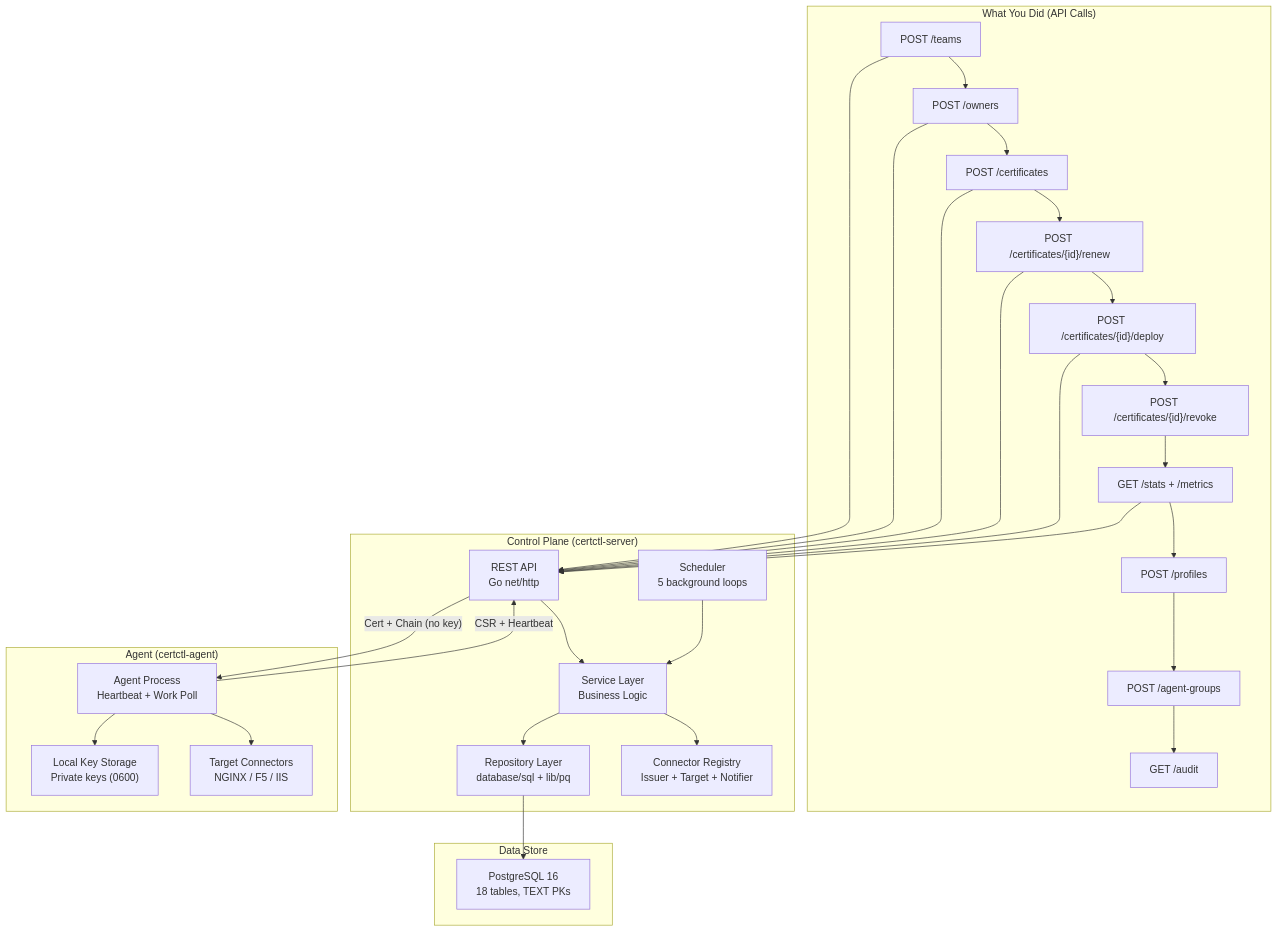
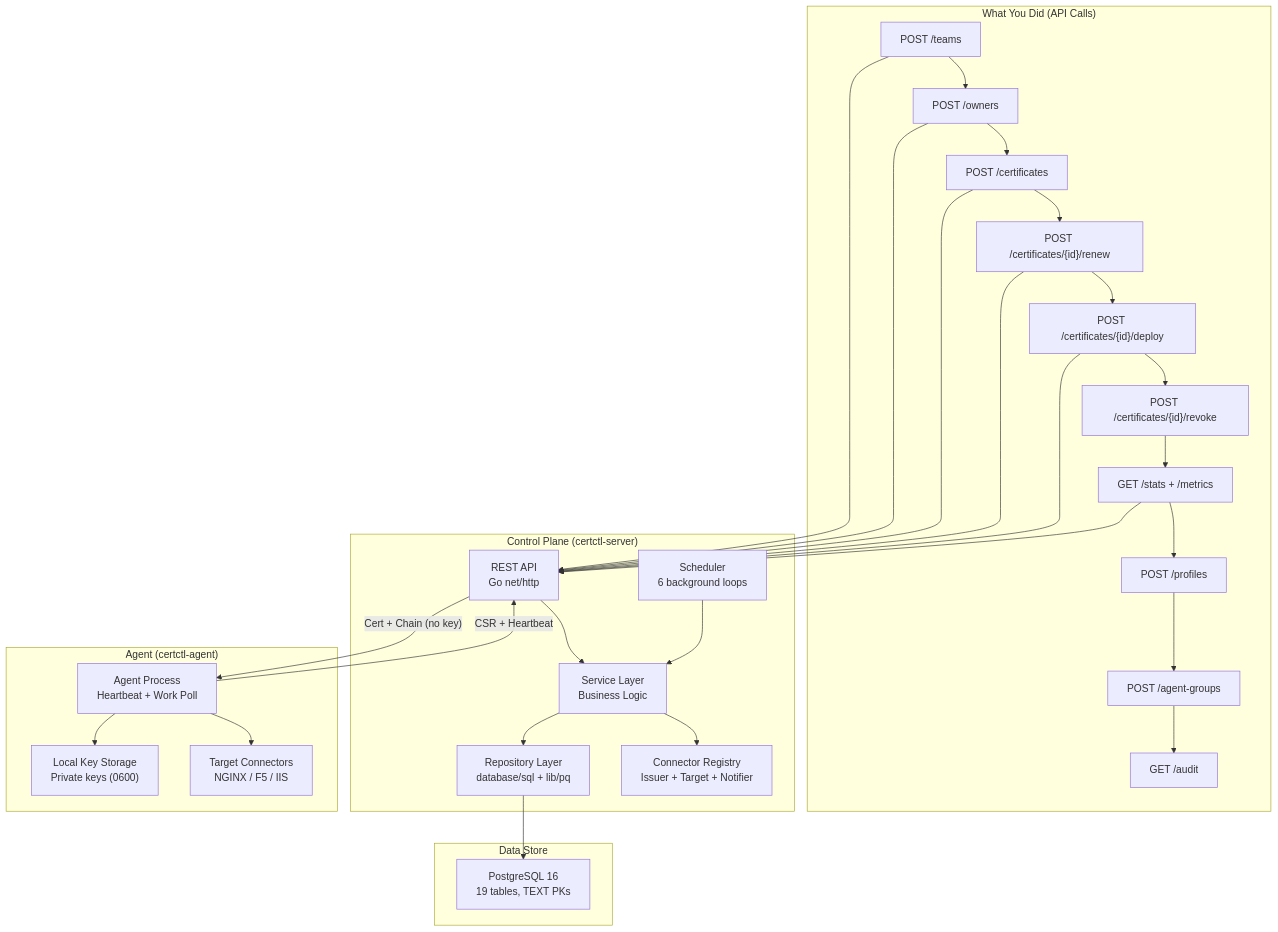
The sixth of 6 diagrams in docs/demo-advanced.md (certctl-io/certctl), drawn with Mermaid before and after one commit. The commit also changed other lines of this file and 25 other files, not shown here.

````diff
--- a/docs/demo-advanced.md
+++ b/docs/demo-advanced.md
@@ -974,43 +1008,43 @@
 ```mermaid
 flowchart TB
     subgraph "What You Did (API Calls)"
         U1["POST /teams"] --> U2["POST /owners"]
         U2 --> U3["POST /certificates"]
         U3 --> U4["POST /certificates/{id}/renew"]
         U4 --> U5["POST /certificates/{id}/deploy"]
         U5 --> U5b["POST /certificates/{id}/revoke"]
         U5b --> U6["GET /stats + /metrics"]
         U6 --> U7["POST /profiles"]
         U7 --> U8["POST /agent-groups"]
         U8 --> U9["GET /audit"]
     end
 
     subgraph "Control Plane (certctl-server)"
         API["REST API\nGo net/http"]
         SVC["Service Layer\nBusiness Logic"]
         REPO["Repository Layer\ndatabase/sql + lib/pq"]
-        SCHED["Scheduler\n5 background loops"]
+        SCHED["Scheduler\n6 background loops"]
         CONN["Connector Registry\nIssuer + Target + Notifier"]
     end
 
     subgraph "Data Store"
-        PG["PostgreSQL 16\n18 tables, TEXT PKs"]
+        PG["PostgreSQL 16\n19 tables, TEXT PKs"]
     end
 
     subgraph "Agent (certctl-agent)"
         AGENT["Agent Process\nHeartbeat + Work Poll"]
         KEYS["Local Key Storage\nPrivate keys (0600)"]
         TC["Target Connectors\nNGINX / F5 / IIS"]
     end
 
     U1 & U2 & U3 & U4 & U5 & U6 --> API
     API --> SVC
     SVC --> REPO
     REPO --> PG
     SVC --> CONN
     SCHED --> SVC
     AGENT -->|"CSR + Heartbeat"| API
     API -->|"Cert + Chain (no key)"| AGENT
     AGENT --> KEYS
     AGENT --> TC
 ```
````
